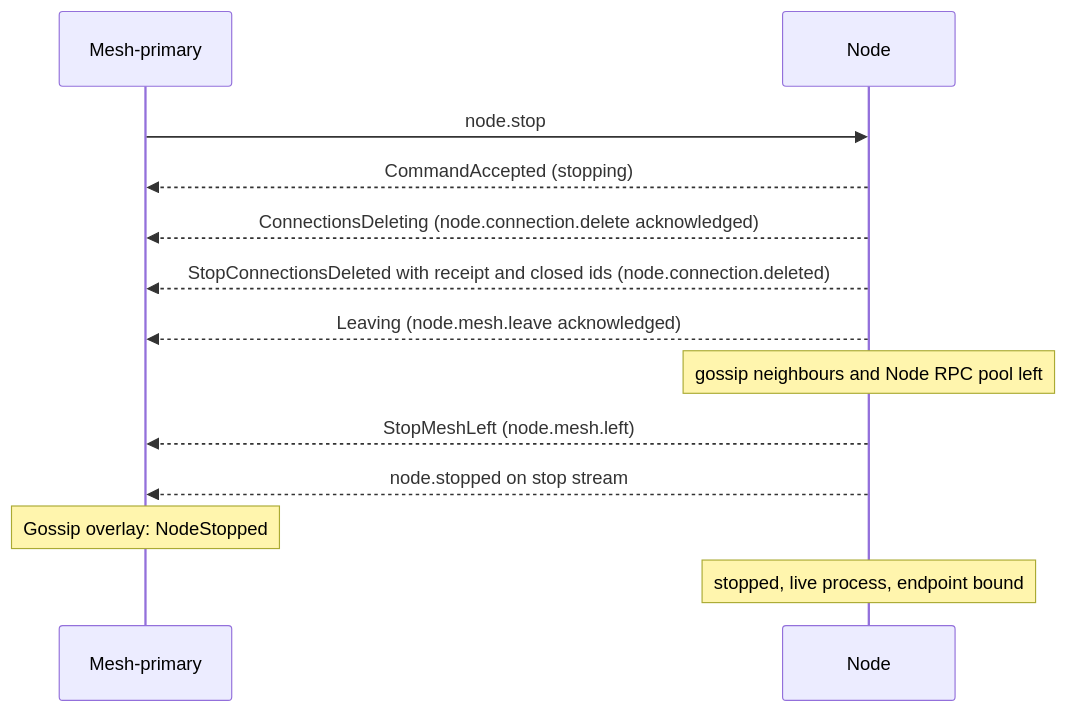
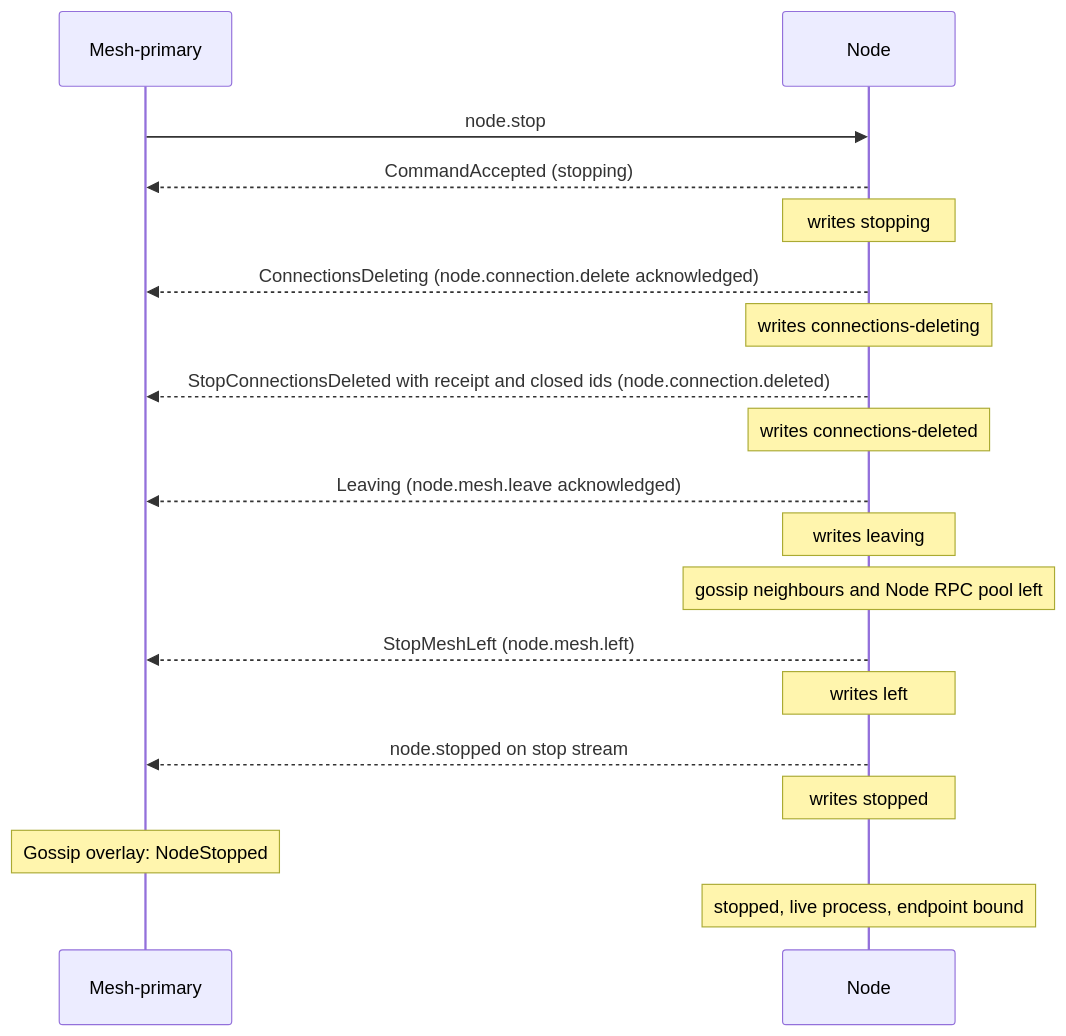
One commit to drlukeangel/rust-distributed-mesh changed the diagram in docs/architecture/lifecycles/node-stop.md. Above: the diagram before and after it, drawn with Mermaid. The commit also changed other lines of this file and 38 other files, not shown here.

First line of the commit message:
docs(architecture, Q368): every lifecycle page has States written, each state's stored line in full and its write marked in the diagram

````diff
--- a/docs/architecture/lifecycles/node-stop.md
+++ b/docs/architecture/lifecycles/node-stop.md
@@ -98,15 +96,21 @@
 ```mermaid
 sequenceDiagram
     participant M as Mesh-primary
     participant N as Node
     M->>N: node.stop
     N-->>M: CommandAccepted (stopping)
+    Note over N: writes stopping
     N-->>M: ConnectionsDeleting (node.connection.delete acknowledged)
+    Note over N: writes connections-deleting
     N-->>M: StopConnectionsDeleted with receipt and closed ids (node.connection.deleted)
+    Note over N: writes connections-deleted
     N-->>M: Leaving (node.mesh.leave acknowledged)
+    Note over N: writes leaving
     Note over N: gossip neighbours and Node RPC pool left
     N-->>M: StopMeshLeft (node.mesh.left)
+    Note over N: writes left
     N-->>M: node.stopped on stop stream
+    Note over N: writes stopped
     Note over M: Gossip overlay: NodeStopped
     Note over N: stopped, live process, endpoint bound
 ```
````
